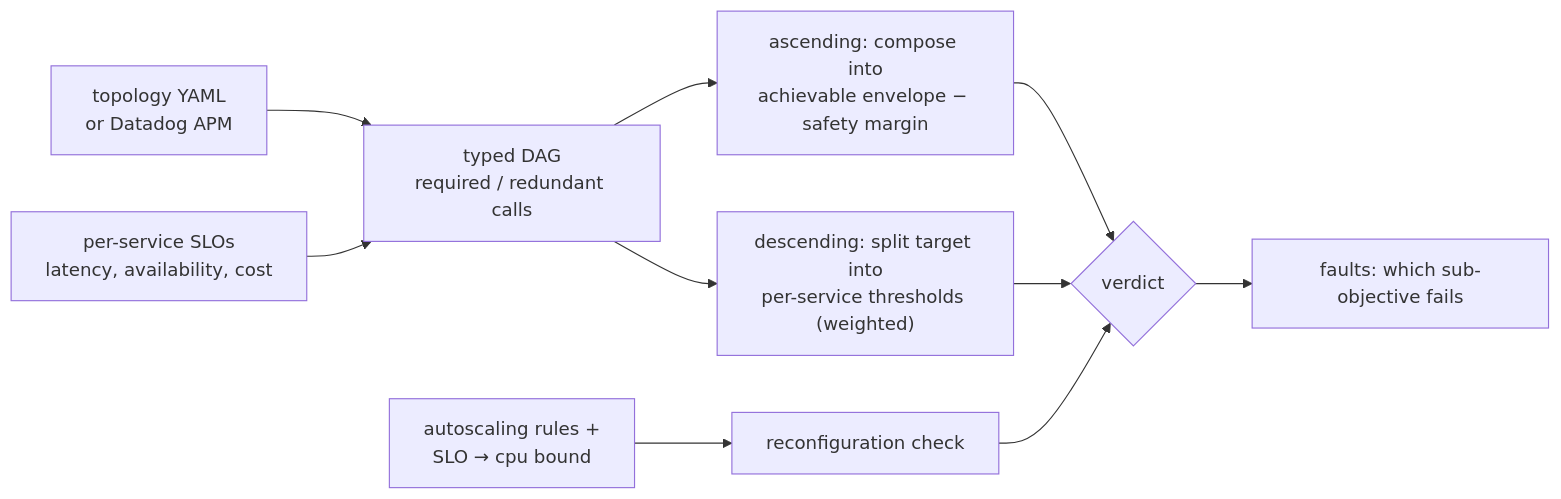
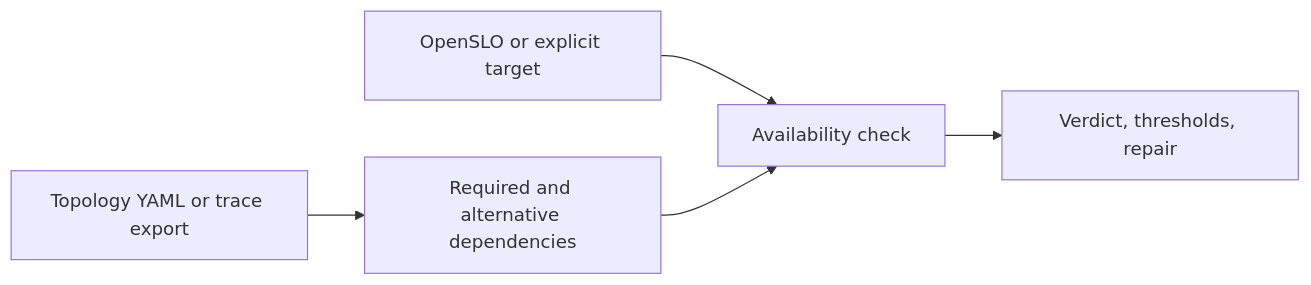
Before and after one commit to Wassbdr/slcmca: the diagram in README.md, drawn with Mermaid. The commit also changed other lines of this file and 8 other files, not shown here.

````diff
--- a/README.md
+++ b/README.md
@@ -37,12 +29,7 @@
 ```mermaid
 flowchart LR
-  T["topology YAML<br/>or Datadog APM"] --> G["typed DAG<br/>required / redundant calls"]
-  S["per-service SLOs<br/>latency, availability, cost"] --> G
-  G --> A["ascending: compose into<br/>achievable envelope − safety margin"]
-  G --> D["descending: split target into<br/>per-service thresholds (weighted)"]
-  K["autoscaling rules +<br/>SLO → cpu bound"] --> R["reconfiguration check"]
-  A --> V{"verdict"}
-  D --> V
-  R --> V
-  V --> O["faults: which sub-objective fails"]
+  T["Topology YAML or trace export"] --> G["Required and alternative dependencies"]
+  S["OpenSLO or explicit target"] --> C["Availability check"]
+  G --> C
+  C --> R["Verdict, thresholds, repair"]
 ```
````
